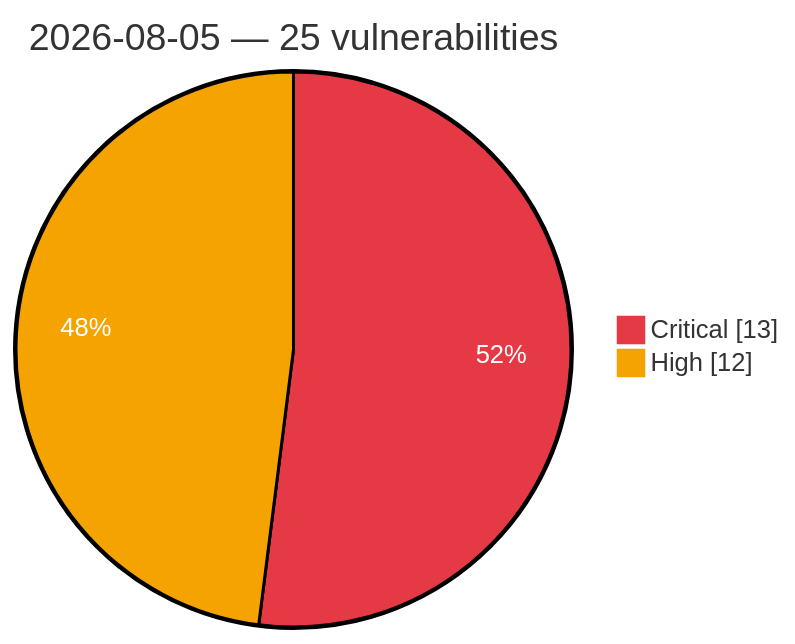
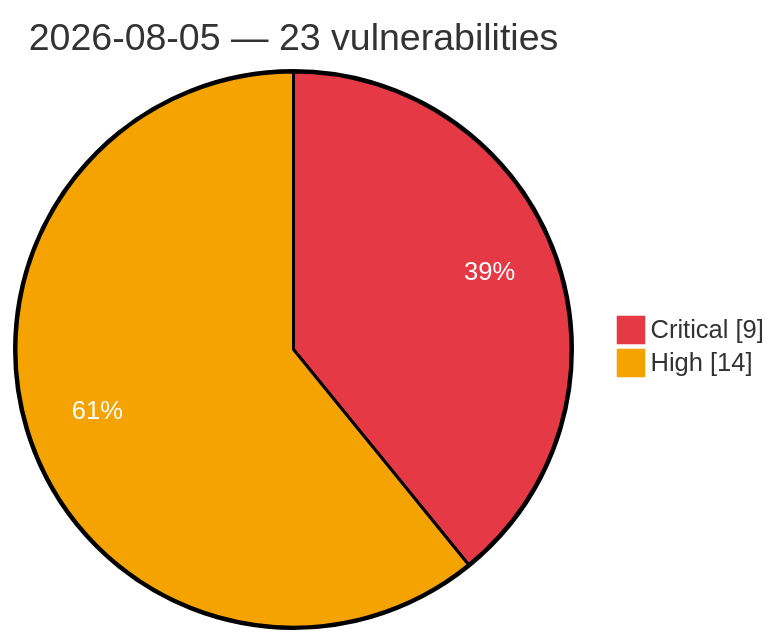
The diagram in vulnerabilities/2026-08-05.md (GhostX0X/vuln-tracker), drawn with Mermaid before and after one commit. The commit also changed other lines of this file and 1 other file, not shown here.

Commit message:
Auto update: critical/high vulns (2026-08-05 15:37 UTC)

````diff
--- a/vulnerabilities/2026-08-05.md
+++ b/vulnerabilities/2026-08-05.md
@@ -3,7 +3,7 @@
 ```mermaid
 %%{init: {'theme':'base', 'themeVariables': {'pie1':'#e63946', 'pie2':'#f4a300', 'pieOpacity':'1', 'pieOuterStrokeWidth':'2px', 'pieSectionTextColor':'#ffffff'}}}%%
 pie showData
-    title 2026-08-05 — 25 vulnerabilities
-    "Critical" : 13
-    "High" : 12
+    title 2026-08-05 — 23 vulnerabilities
+    "Critical" : 9
+    "High" : 14
 ```
````
